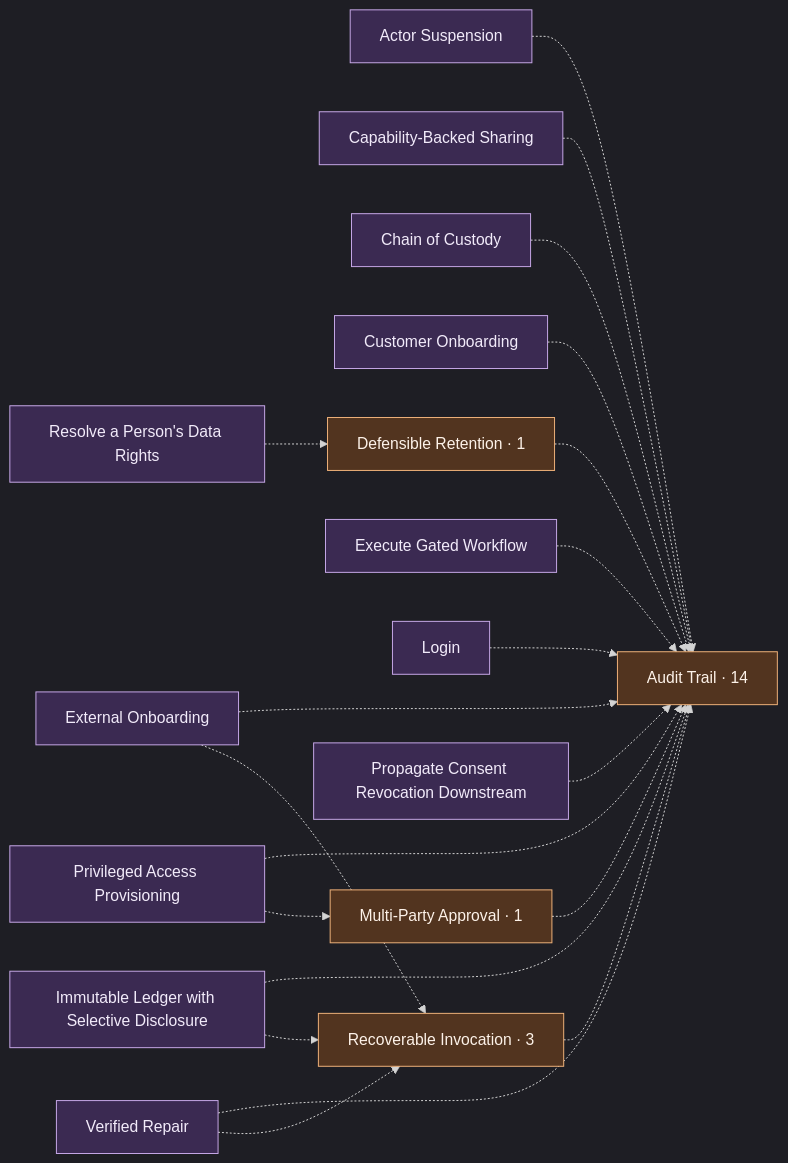
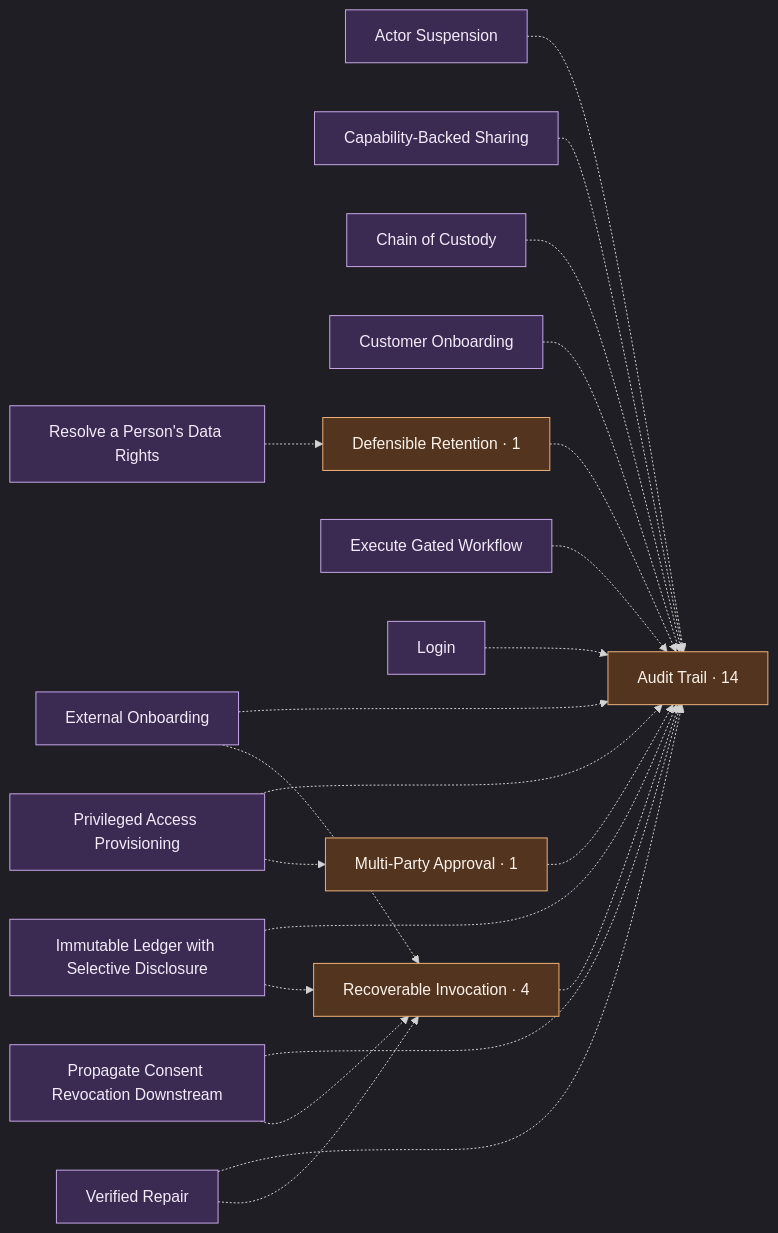
One commit to scottromack/grace-commons changed the first of 2 diagrams in graph.md. Above: the diagram before and after it, drawn with Mermaid. The commit also changed other lines of this file and 156 other files, not shown here.

````diff
--- a/graph.md
+++ b/graph.md
@@ -78,43 +78,44 @@
 ```mermaid
 %%{init: {"theme": "dark", "flowchart": {"htmlLabels": true}} }%%
 flowchart LR
   actor_suspension["Actor Suspension"]
   audit_trail["Audit Trail · 14"]
   capability_backed_sharing["Capability-Backed Sharing"]
   chain_of_custody["Chain of Custody"]
   customer_onboarding["Customer Onboarding"]
   defensible_retention["Defensible Retention · 1"]
   execute_gated_workflow["Execute Gated Workflow"]
   external_onboarding["External Onboarding"]
   immutable_ledger["Immutable Ledger with Selective Disclosure"]
   login["Login"]
   multi_party_approval["Multi-Party Approval · 1"]
   privileged_access_provisioning["Privileged Access Provisioning"]
   propagate_consent_revocation_downstream["Propagate Consent Revocation Downstream"]
-  recoverable_invocation["Recoverable Invocation · 3"]
+  recoverable_invocation["Recoverable Invocation · 4"]
   resolve_a_persons_data_rights["Resolve a Person's Data Rights"]
   verified_repair["Verified Repair"]
   actor_suspension -.-> audit_trail
   capability_backed_sharing -.-> audit_trail
   chain_of_custody -.-> audit_trail
   customer_onboarding -.-> audit_trail
   defensible_retention -.-> audit_trail
   execute_gated_workflow -.-> audit_trail
   external_onboarding -.-> audit_trail
   external_onboarding -.-> recoverable_invocation
   immutable_ledger -.-> audit_trail
   immutable_ledger -.-> recoverable_invocation
   login -.-> audit_trail
   multi_party_approval -.-> audit_trail
   privileged_access_provisioning -.-> audit_trail
   privileged_access_provisioning -.-> multi_party_approval
   propagate_consent_revocation_downstream -.-> audit_trail
+  propagate_consent_revocation_downstream -.-> recoverable_invocation
   recoverable_invocation -.-> audit_trail
   resolve_a_persons_data_rights -.-> defensible_retention
   verified_repair -.-> audit_trail
   verified_repair -.-> recoverable_invocation
   classDef comp fill:#3b2a52,stroke:#c7a8e8,color:#f2ebfa;
   classDef spine fill:#52341f,stroke:#f0b27a,color:#fdf2e9;
   class actor_suspension,audit_trail,capability_backed_sharing,chain_of_custody,customer_onboarding,defensible_retention,execute_gated_workflow,external_onboarding,immutable_ledger,login,multi_party_approval,privileged_access_provisioning,propagate_consent_revocation_downstream,recoverable_invocation,resolve_a_persons_data_rights,verified_repair comp;
   class audit_trail,defensible_retention,multi_party_approval,recoverable_invocation spine;
 ```
````
